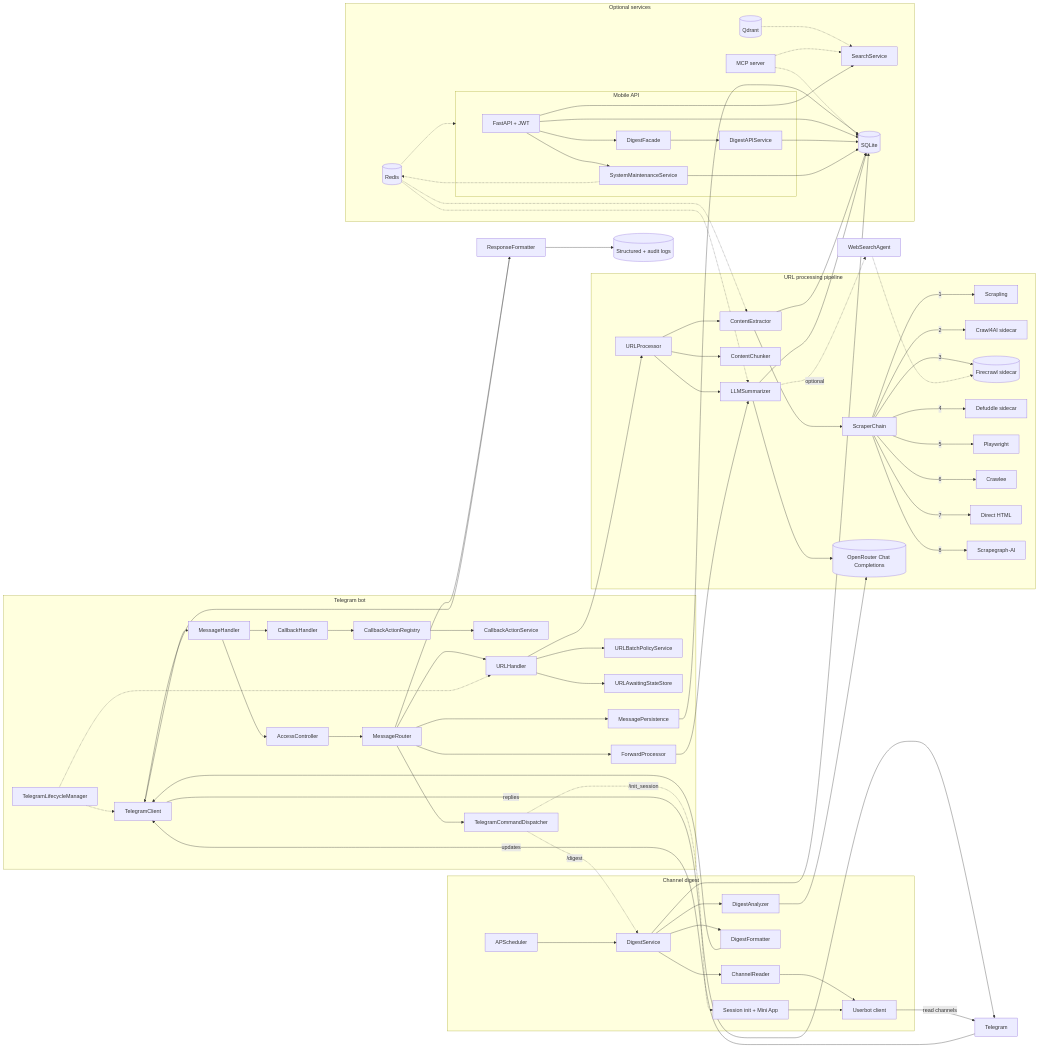
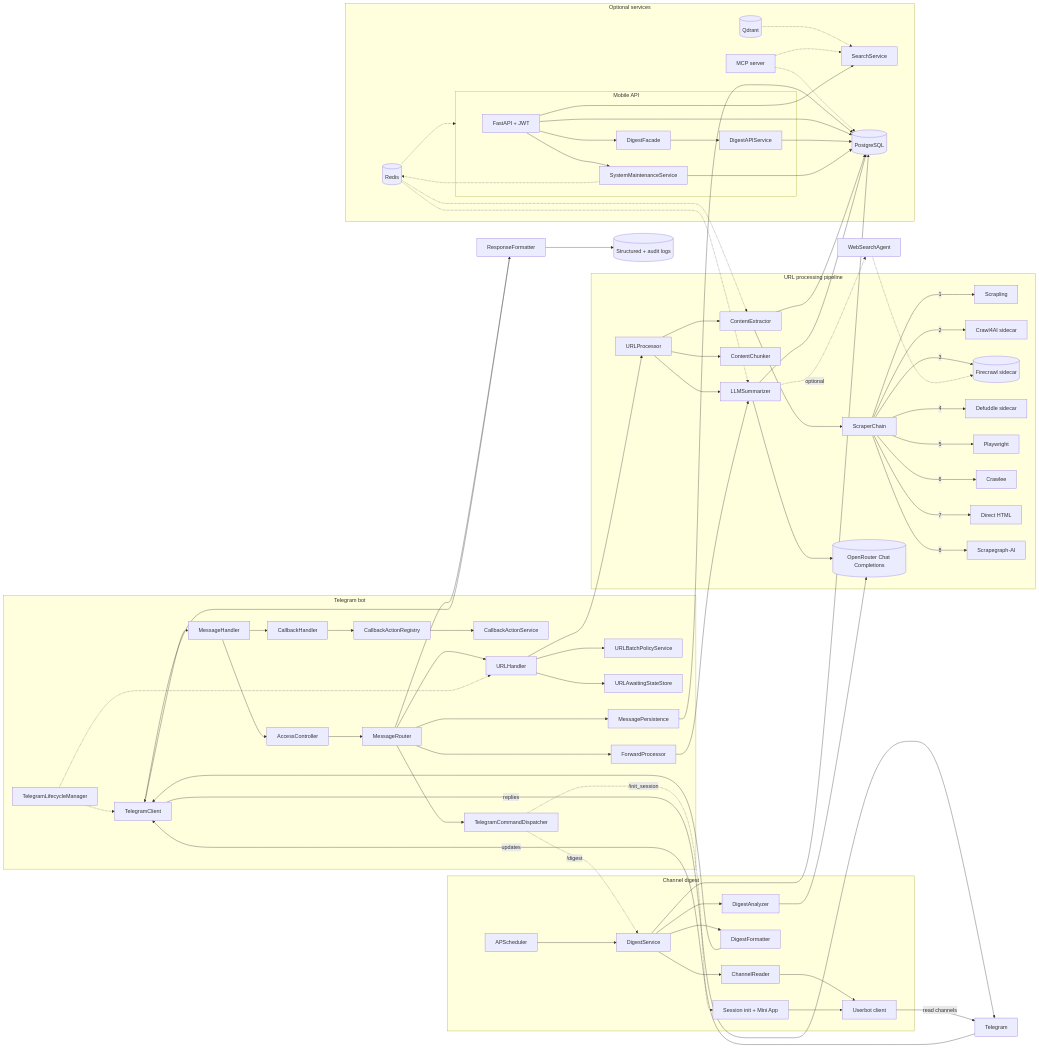
Before and after one commit to po4yka/bite-size-reader: the first of 3 diagrams in docs/explanation/architecture-overview.md, drawn with Mermaid. The commit also changed other lines of this file and 8 other files, not shown here.

````diff
--- a/docs/explanation/architecture-overview.md
+++ b/docs/explanation/architecture-overview.md
@@ -101,17 +101,17 @@
     Redis -.-> LLMSummarizer
     Redis -.-> MobileAPI
     Qdrant[(Qdrant)] -.-> SearchService
-    MCPServer[MCP server] -.-> SQLite
+    MCPServer[MCP server] -.-> Postgres
     MCPServer -.-> SearchService
   end
 
   ForwardProcessor --> LLMSummarizer
   LLMSummarizer -.->|optional| WebSearch[WebSearchAgent]
   WebSearch -.-> Firecrawl[(Firecrawl sidecar)]
-  ContentExtractor --> SQLite[(SQLite)]
-  MessagePersistence --> SQLite
-  LLMSummarizer --> SQLite
-  DigestService --> SQLite
+  ContentExtractor --> Postgres[(PostgreSQL)]
+  MessagePersistence --> Postgres
+  LLMSummarizer --> Postgres
+  DigestService --> Postgres
   MessageRouter --> ResponseFormatter
   ResponseFormatter --> TGClient
   TGClient -->|replies| Telegram
@@ -120,13 +120,13 @@
   ResponseFormatter --> Logs[(Structured + audit logs)]
 
   subgraph MobileAPI[Mobile API]
-    FastAPI[FastAPI + JWT] --> SQLite
+    FastAPI[FastAPI + JWT] --> Postgres
     FastAPI --> SearchService[SearchService]
     FastAPI --> DigestFacade
     DigestFacade --> DigestAPIService
-    DigestAPIService --> SQLite
+    DigestAPIService --> Postgres
     FastAPI --> SystemMaint[SystemMaintenanceService]
-    SystemMaint --> SQLite
+    SystemMaint --> Postgres
     SystemMaint -.-> Redis
   end
 ```
````
